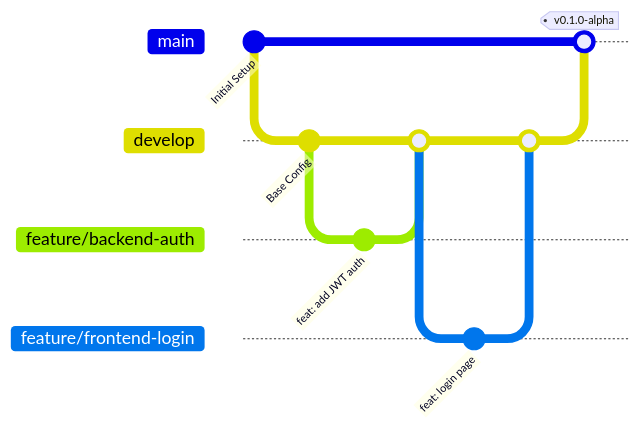
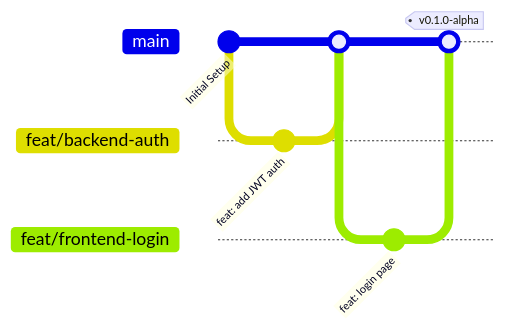
One commit to mmed555/event-smart changed the diagram in CONTRIBUTING.md. Above: the diagram before and after it, drawn with Mermaid. The commit also changed other lines of this file and 14 other files, not shown here.

````diff
--- a/CONTRIBUTING.md
+++ b/CONTRIBUTING.md
@@ -43,19 +43,14 @@
 ```mermaid
 gitGraph
     commit id: "Initial Setup"
-    branch develop
-    checkout develop
-    commit id: "Base Config"
-    branch feature/backend-auth
-    checkout feature/backend-auth
+    branch feat/backend-auth
+    checkout feat/backend-auth
     commit id: "feat: add JWT auth"
-    checkout develop
-    merge feature/backend-auth
-    branch feature/frontend-login
-    checkout feature/frontend-login
+    checkout main
+    merge feat/backend-auth
+    branch feat/frontend-login
+    checkout feat/frontend-login
     commit id: "feat: login page"
-    checkout develop
-    merge feature/frontend-login
     checkout main
-    merge develop tag: "v0.1.0-alpha"
+    merge feat/frontend-login tag: "v0.1.0-alpha"
 ```
````
